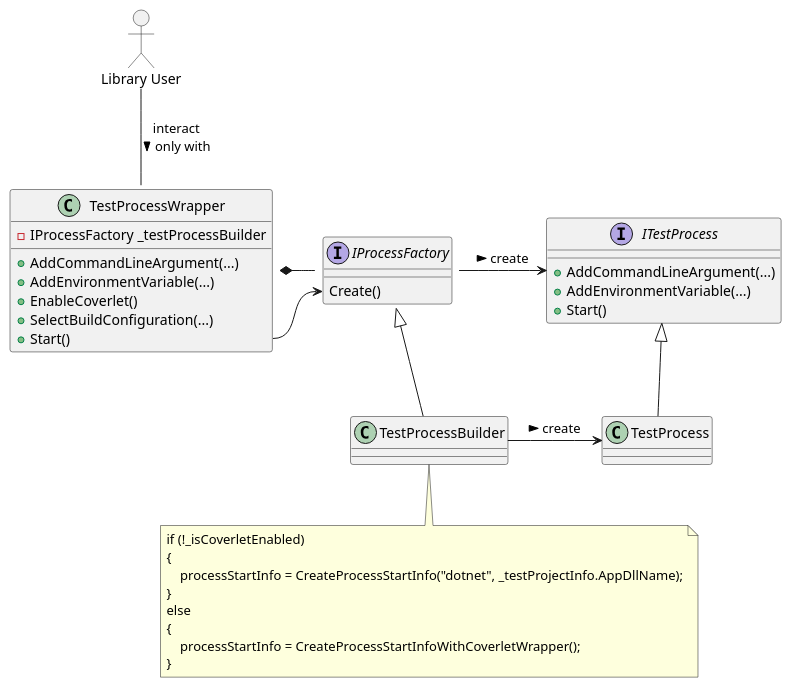
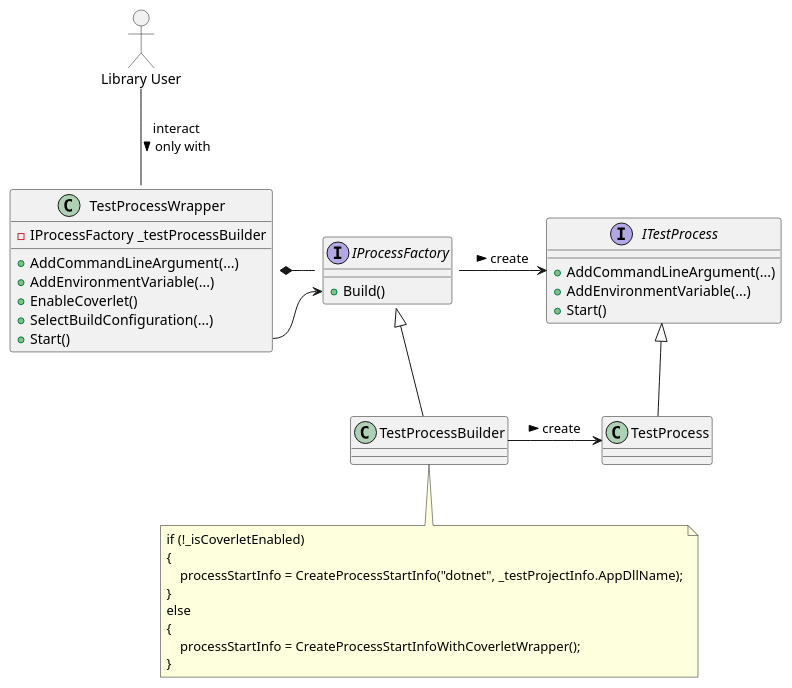
The diagram in docs/current_create_process.puml (wonderbird/TestProcessWrapper), drawn with PlantUML before and after one commit. The commit also changed 5 other files, not shown here.

Commit message:
refactor: rename TestProcessBuilder.Create() to Build()

```diff
--- a/docs/current_create_process.puml
+++ b/docs/current_create_process.puml
@@ -1,50 +1,51 @@
 @startuml
 allowmixing
 
 actor "Library User" as user
 
 class "TestProcessWrapper" as wrapper {
   - IProcessFactory _testProcessBuilder
   + AddCommandLineArgument(...)
   + AddEnvironmentVariable(...)
   + EnableCoverlet()
   + SelectBuildConfiguration(...)
   + Start()
 }
 
 user -- wrapper : interact\nonly with >
 
-interface "IProcessFactory" as builder_if
-builder_if : Create()
+interface "IProcessFactory" as builder_if {
+  + Build()
+}
 
 class "TestProcessBuilder" as builder
 
 interface "ITestProcess" as process_if {
   + AddCommandLineArgument(...)
   + AddEnvironmentVariable(...)
   + Start()
 }
 
 class "TestProcess" as process
 
 builder_if <|-- builder
 process_if <|-- process
 
 builder_if -> process_if :  create >
 builder -> process : create >
 
 wrapper *- builder_if
 
-wrapper::Start --> builder_if::Create
+wrapper::Start --> builder_if::Build
 
 note bottom of builder
 if (!_isCoverletEnabled)
 {
     processStartInfo = CreateProcessStartInfo("dotnet", _testProjectInfo.AppDllName);
 }
 else
 {
     processStartInfo = CreateProcessStartInfoWithCoverletWrapper();
 }
 end note
 @enduml
```
